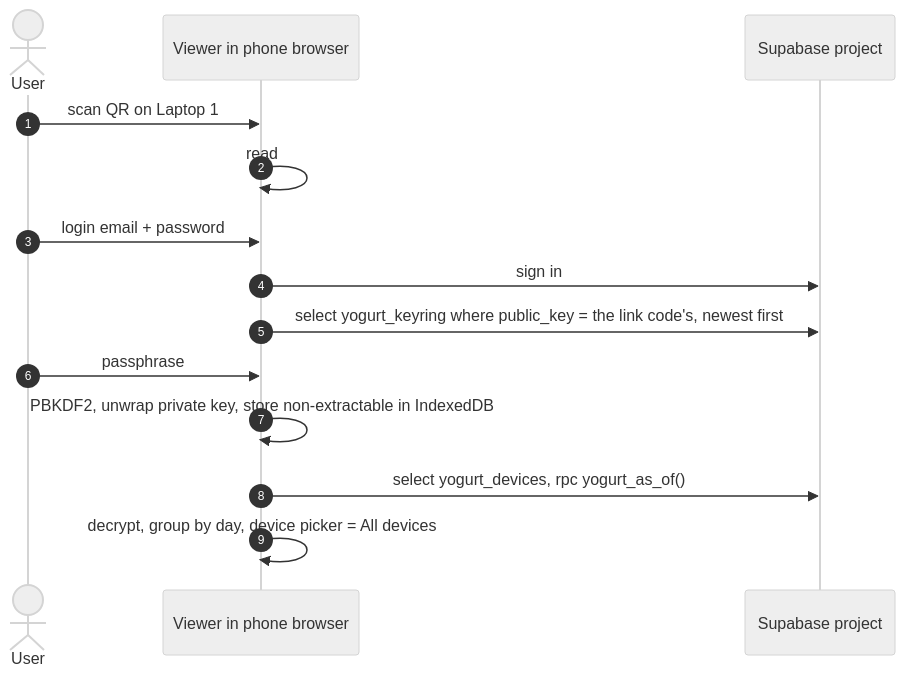
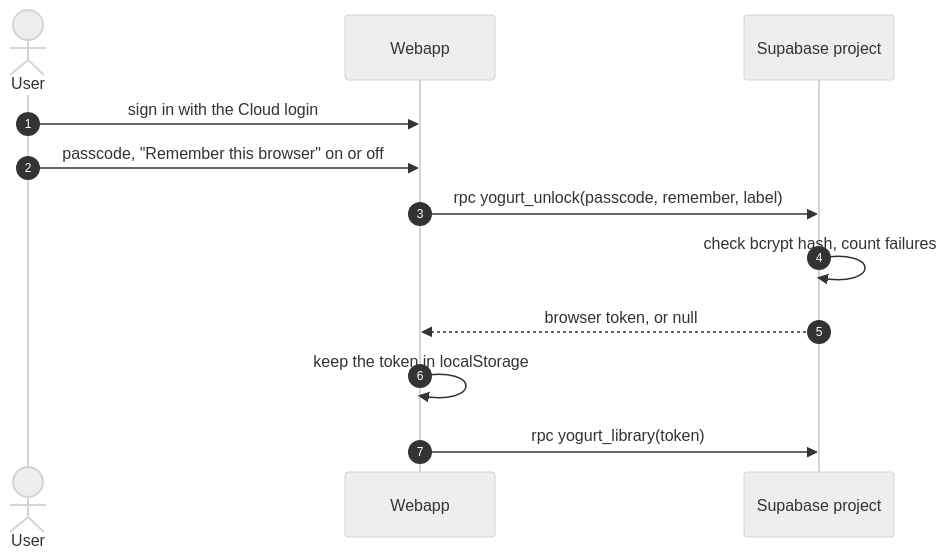
One commit to jarvisrchen/yogurt changed the third of 5 diagrams in docs/.planning/sync-cloud-mirror-design.md. Above: the diagram before and after it, drawn with Mermaid (neutral theme). The commit also changed other lines of this file and 3 other files, not shown here.

First line of the commit message:
docs: SYNC redesign for a Vercel webapp with a passcode (#151)

````diff
--- a/docs/.planning/sync-cloud-mirror-design.md
+++ b/docs/.planning/sync-cloud-mirror-design.md
@@ -276,17 +125,15 @@
 ```mermaid
 sequenceDiagram
   autonumber
   actor U as User
-  participant V as Viewer in phone browser
+  participant V as Webapp
   participant P as Supabase project
 
-  U->>V: scan QR on Laptop 1
-  V->>V: read #c= (URL, publishable key, public key), save in browser
-  U->>V: login email + password
-  V->>P: sign in
-  V->>P: select yogurt_keyring where public_key = the link code's, newest first
-  U->>V: passphrase
-  V->>V: PBKDF2, unwrap private key, store non-extractable in IndexedDB
-  V->>P: select yogurt_devices, rpc yogurt_as_of()
-  V->>V: decrypt, group by day, device picker = All devices
+  U->>V: sign in with the Cloud login
+  U->>V: passcode, "Remember this browser" on or off
+  V->>P: rpc yogurt_unlock(passcode, remember, label)
+  P->>P: check bcrypt hash, count failures
+  P-->>V: browser token, or null
+  V->>V: keep the token in localStorage
+  V->>P: rpc yogurt_library(token)
 ```
````
